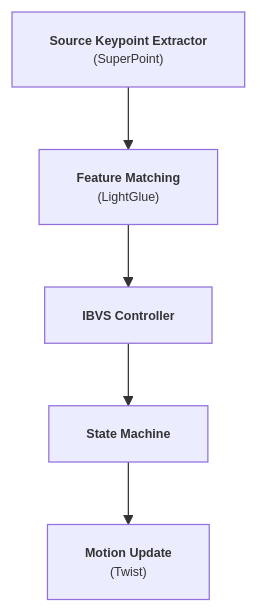
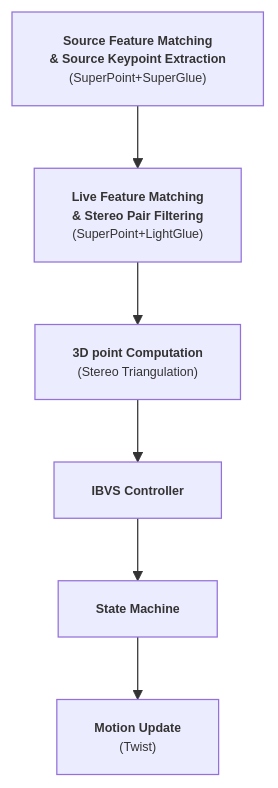
One commit to MarkusNguyen/Visual-Servoing-Paper changed the first of 3 diagrams in README.md. Above: the diagram before and after it, drawn with Mermaid. The commit also changed other lines of this file and 1 other file, not shown here.

````diff
--- a/README.md
+++ b/README.md
@@ -30,14 +30,15 @@
 ```mermaid  
 flowchart 
 classDef large font-size:10px;
 
-A["<b>Source Keypoint Extractor</b><br/>(SuperPoint)"]  
-B["<b>Feature Matching</b><br/>(LightGlue)"]  
-C["<b>IBVS Controller</b>"]  
-D["<b>State Machine</b>"]  
-E["<b>Motion Update</b><br/>(Twist)"]  
+A["<b>Source Feature Matching</br>& Source Keypoint Extraction</b><br/>(SuperPoint+SuperGlue)"]  
+B["<b>Live Feature Matching <br/>& Stereo Pair Filtering</b><br/>(SuperPoint+LightGlue)"]  
+C["<b>3D point Computation</b></br>(Stereo Triangulation)"]
+D["<b>IBVS Controller</b>"]  
+E["<b>State Machine</b>"]  
+F["<b>Motion Update</b><br/>(Twist)"]  
 
-class A,B,C,D,E large
+class A,B,C,D,E,F large
 
-A --> B --> C --> D --> E
+A --> B --> C --> D --> E --> F
 ```
````
